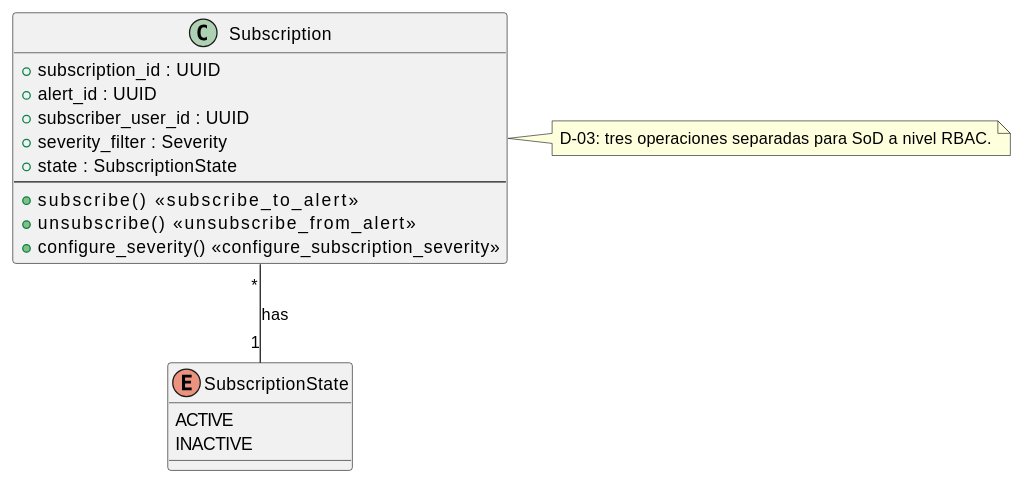
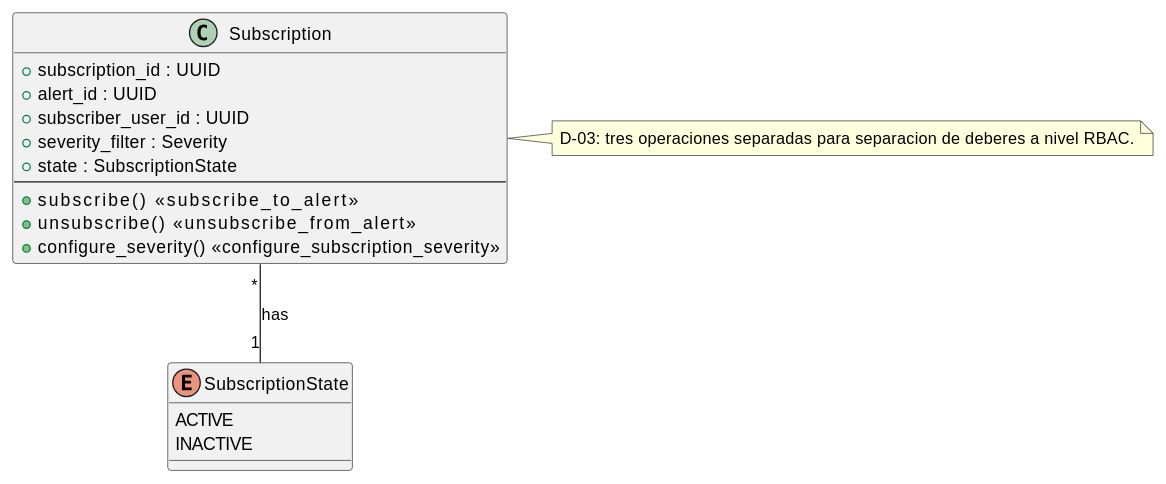
The diagram in source/arquitectura-tecnica/domain-model/subscription.rst (jcg-admin/IACT-docs), drawn with PlantUML before and after one commit. The commit also changed other lines of this file and 9 other files, not shown here.

```diff
--- a/source/arquitectura-tecnica/domain-model/subscription.rst
+++ b/source/arquitectura-tecnica/domain-model/subscription.rst
@@ -25,29 +25,29 @@
 .. uml::
  :caption: Clase Subscription — suscripcion de usuario a alerta.
 
  @startuml
 
  class Subscription {
    + subscription_id : UUID
    + alert_id : UUID
    + subscriber_user_id : UUID
    + severity_filter : Severity
    + state : SubscriptionState
    --
    + subscribe()              <<subscribe_to_alert>>
    + unsubscribe()            <<unsubscribe_from_alert>>
    + configure_severity()     <<configure_subscription_severity>>
  }
 
  enum SubscriptionState {
    ACTIVE
    INACTIVE
  }
 
  Subscription "*" -- "1" SubscriptionState : has
 
  note right of Subscription
-   D-03: tres operaciones separadas para SoD a nivel RBAC.
+   D-03: tres operaciones separadas para separacion de deberes a nivel RBAC.
  end note
 
  @enduml
```
